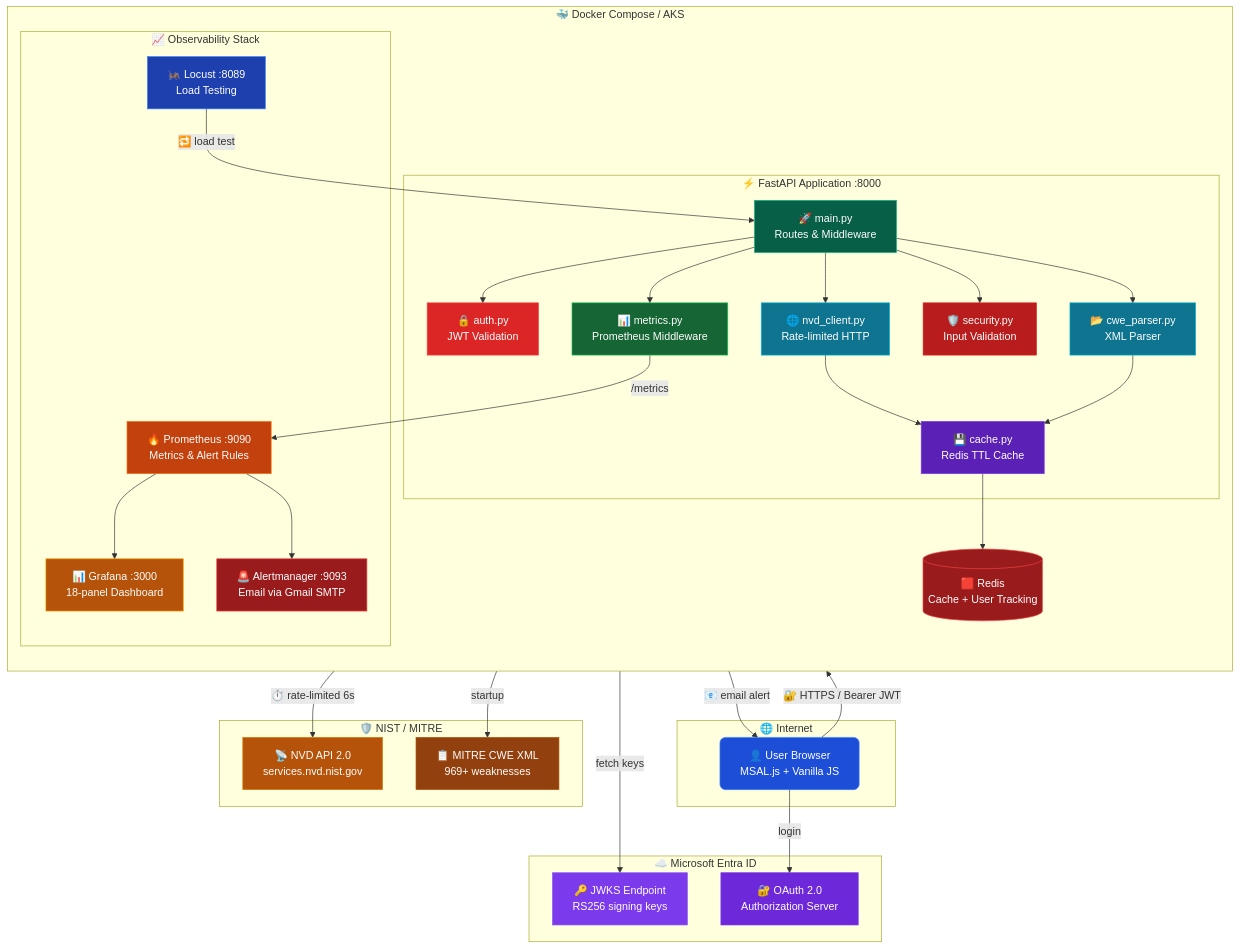
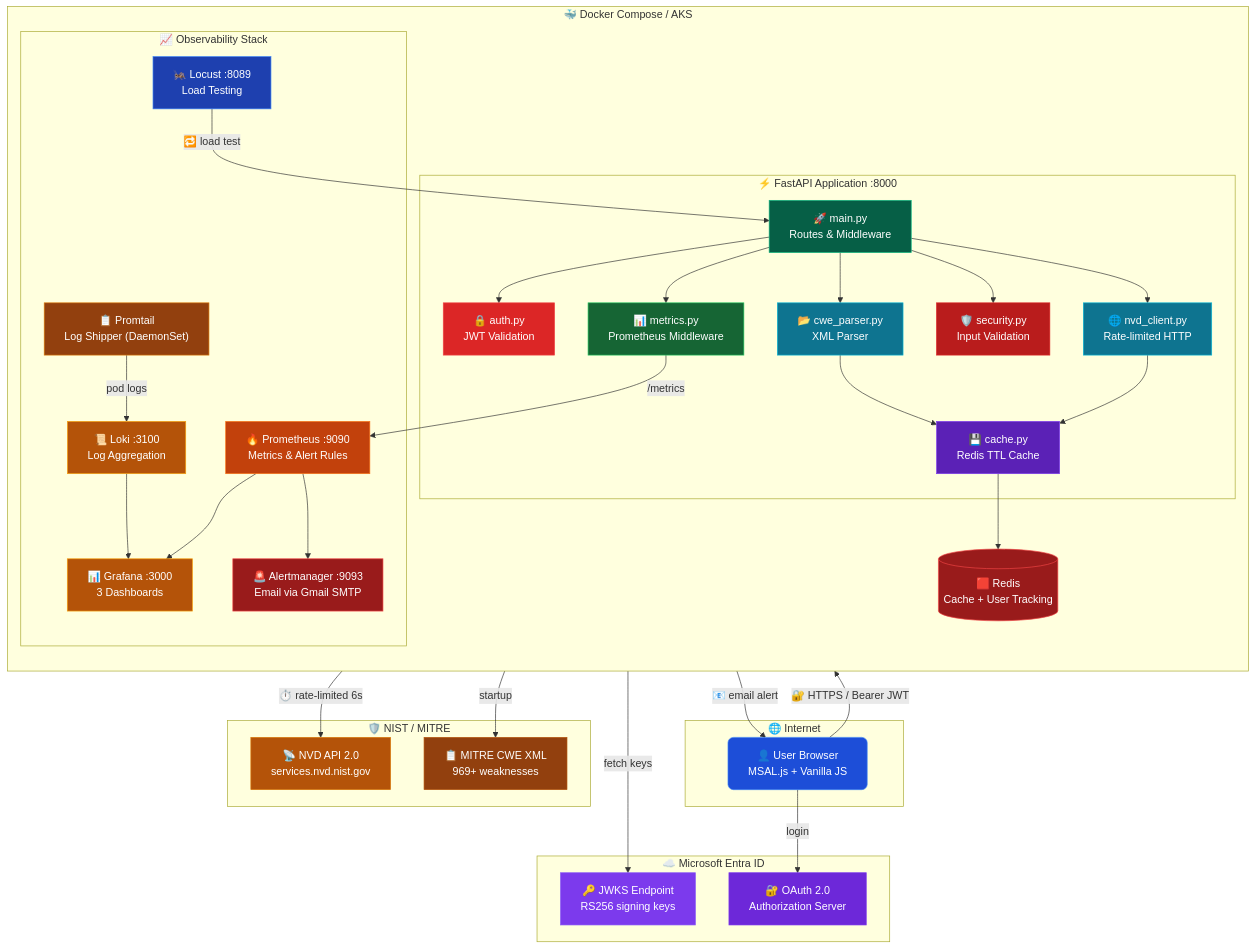
The first of 5 diagrams in README.md (reonbritto/test-proj), drawn with Mermaid before and after one commit. The commit also changed other lines of this file and 19 other files, not shown here.

````diff
--- a/README.md
+++ b/README.md
@@ -46,69 +48,75 @@
 ```mermaid
 graph TB
     subgraph Internet["🌐 Internet"]
         USER["👤 User Browser\nMSAL.js + Vanilla JS"]
     end
 
     subgraph AzureAD["☁️ Microsoft Entra ID"]
         JWKS["🔑 JWKS Endpoint\nRS256 signing keys"]
         OAUTH["🔐 OAuth 2.0\nAuthorization Server"]
     end
 
     subgraph NVD["🛡️ NIST / MITRE"]
         NVDAPI["📡 NVD API 2.0\nservices.nvd.nist.gov"]
         MITRE["📋 MITRE CWE XML\n969+ weaknesses"]
     end
 
     subgraph App["🐳 Docker Compose / AKS"]
         direction TB
 
         subgraph Backend["⚡ FastAPI Application :8000"]
             MAIN["🚀 main.py\nRoutes & Middleware"]
             AUTH["🔒 auth.py\nJWT Validation"]
             NVD_C["🌐 nvd_client.py\nRate-limited HTTP"]
             CWE_P["📂 cwe_parser.py\nXML Parser"]
             CACHE["💾 cache.py\nRedis TTL Cache"]
             SEC["🛡️ security.py\nInput Validation"]
             METRICS_M["📊 metrics.py\nPrometheus Middleware"]
         end
 
         subgraph Observability["📈 Observability Stack"]
             PROM["🔥 Prometheus :9090\nMetrics & Alert Rules"]
-            GRAF["📊 Grafana :3000\n18-panel Dashboard"]
+            GRAF["📊 Grafana :3000\n3 Dashboards"]
             ALERT["🚨 Alertmanager :9093\nEmail via Gmail SMTP"]
+            LOKI["📜 Loki :3100\nLog Aggregation"]
+            PROMTAIL["📋 Promtail\nLog Shipper (DaemonSet)"]
             LOCUST["🦗 Locust :8089\nLoad Testing"]
         end
 
         REDIS[("🟥 Redis\nCache + User Tracking")]
     end
 
     USER -- "🔐 HTTPS / Bearer JWT" --> MAIN
     MAIN --> AUTH & NVD_C & CWE_P & SEC & METRICS_M
     AUTH -- "fetch keys" --> JWKS
     USER -- "login" --> OAUTH
     NVD_C -- "⏱️ rate-limited 6s" --> NVDAPI
     CWE_P -- "startup" --> MITRE
     NVD_C & CWE_P --> CACHE --> REDIS
     METRICS_M -- "/metrics" --> PROM
     PROM --> GRAF & ALERT
+    PROMTAIL -- "pod logs" --> LOKI
+    LOKI --> GRAF
     ALERT -- "📧 email alert" --> USER
     LOCUST -- "🔁 load test" --> MAIN
 
     style USER fill:#1d4ed8,stroke:#3b82f6,color:#fff,rx:8
     style JWKS fill:#7c3aed,stroke:#8b5cf6,color:#fff
     style OAUTH fill:#6d28d9,stroke:#7c3aed,color:#fff
     style NVDAPI fill:#b45309,stroke:#d97706,color:#fff
     style MITRE fill:#92400e,stroke:#b45309,color:#fff
     style MAIN fill:#065f46,stroke:#10b981,color:#fff
     style AUTH fill:#dc2626,stroke:#ef4444,color:#fff
     style NVD_C fill:#0e7490,stroke:#06b6d4,color:#fff
     style CWE_P fill:#0e7490,stroke:#06b6d4,color:#fff
     style CACHE fill:#5b21b6,stroke:#7c3aed,color:#fff
     style SEC fill:#b91c1c,stroke:#dc2626,color:#fff
     style METRICS_M fill:#166534,stroke:#22c55e,color:#fff
     style PROM fill:#c2410c,stroke:#f97316,color:#fff
     style GRAF fill:#b45309,stroke:#f59e0b,color:#fff
     style ALERT fill:#991b1b,stroke:#ef4444,color:#fff
+    style LOKI fill:#b45309,stroke:#f59e0b,color:#fff
+    style PROMTAIL fill:#92400e,stroke:#d97706,color:#fff
     style LOCUST fill:#1e40af,stroke:#3b82f6,color:#fff
     style REDIS fill:#991b1b,stroke:#ef4444,color:#fff
 ```
````
